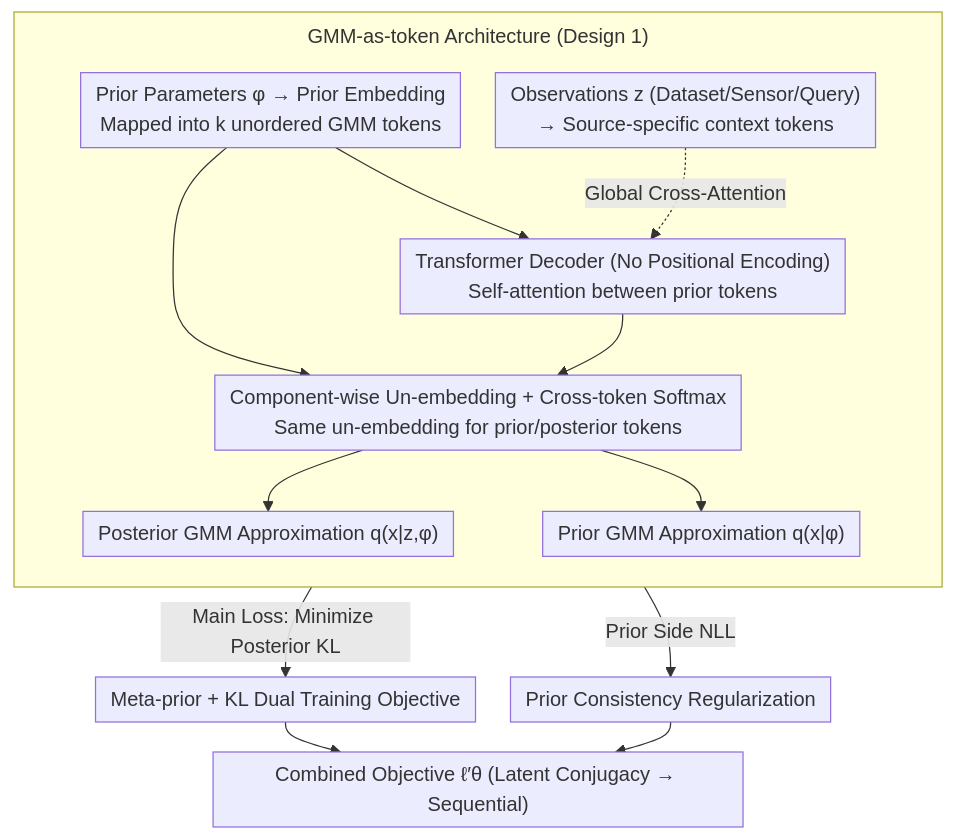
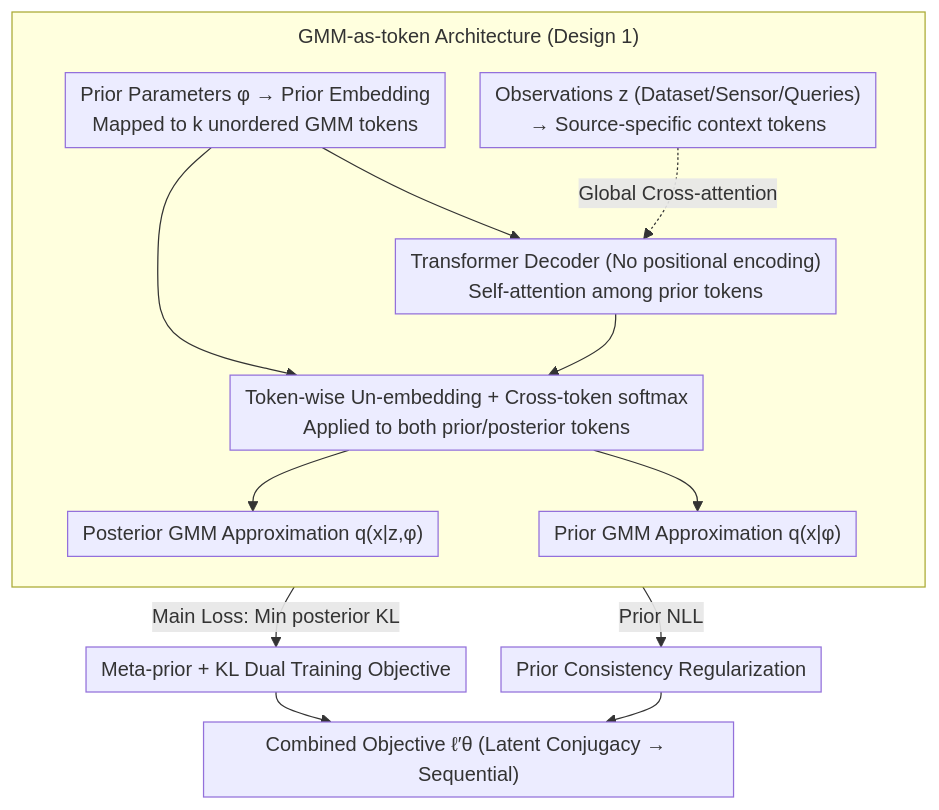
The diagram in docs/ICML2026/physics/distribution_transformers_fast_approximate_bayesian_inference_with_on-the-fly_pr.md (zhaoyang97/Paper-Notes-en), drawn with Mermaid before and after one commit. The commit also changed other lines of this file and 5084 other files, not shown here.

````diff
--- a/docs/ICML2026/physics/distribution_transformers_fast_approximate_bayesian_inference_with_on-the-fly_pr.md
+++ b/docs/ICML2026/physics/distribution_transformers_fast_approximate_bayesian_inference_with_on-the-fly_pr.md
@@ -43,19 +43,19 @@
 ```mermaid
 %%{init: {'flowchart': {'rankSpacing': 24, 'nodeSpacing': 28, 'padding': 6, 'wrappingWidth': 400, 'subGraphTitleMargin': {'top': 8, 'bottom': 16}}}}%%
 flowchart TD
     subgraph ARCH["GMM-as-token Architecture (Design 1)"]
         direction TB
-        PE["Prior Parameters φ → Prior Embedding<br/>Mapped into k unordered GMM tokens"]
-        ZE["Observations z (Dataset/Sensor/Query)<br/>→ Source-specific context tokens"]
-        PE --> DEC["Transformer Decoder (No Positional Encoding)<br/>Self-attention between prior tokens"]
-        ZE -.Global Cross-Attention.-> DEC
-        DEC --> UE["Component-wise Un-embedding + Cross-token Softmax<br/>Same un-embedding for prior/posterior tokens"]
+        PE["Prior Parameters φ → Prior Embedding<br/>Mapped to k unordered GMM tokens"]
+        ZE["Observations z (Dataset/Sensor/Queries)<br/>→ Source-specific context tokens"]
+        PE --> DEC["Transformer Decoder (No positional encoding)<br/>Self-attention among prior tokens"]
+        ZE -.Global Cross-attention.-> DEC
+        DEC --> UE["Token-wise Un-embedding + Cross-token softmax<br/>Applied to both prior/posterior tokens"]
         PE --> UE
         UE --> QPRIOR["Prior GMM Approximation q(x|φ)"]
         UE --> QPOST["Posterior GMM Approximation q(x|z,φ)"]
     end
-    QPOST -->|"Main Loss: Minimize Posterior KL"| L2["Meta-prior + KL Dual Training Objective"]
-    QPRIOR -->|"Prior Side NLL"| L3["Prior Consistency Regularization"]
+    QPOST -->|"Main Loss: Min posterior KL"| L2["Meta-prior + KL Dual Training Objective"]
+    QPRIOR -->|"Prior NLL"| L3["Prior Consistency Regularization"]
     L2 --> LOSS["Combined Objective ℓ′θ (Latent Conjugacy → Sequential)"]
     L3 --> LOSS
 ```
````
